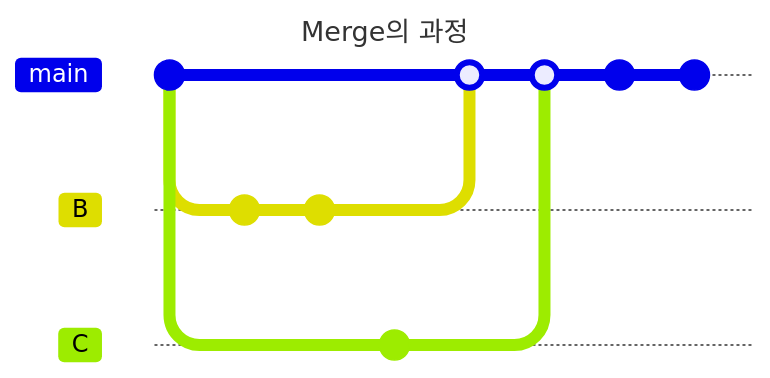
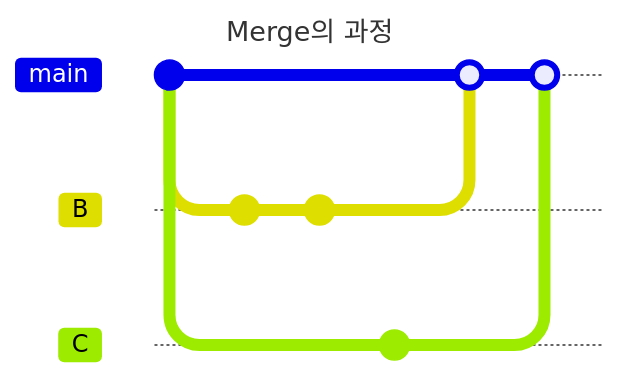
Before and after one commit to choiexe1/local: the diagram in Daily/2025-03-12.md, drawn with Mermaid. The commit also changed other lines of this file and 3 other files, not shown here. Commit ids are hidden.

````diff
--- a/Daily/2025-03-12.md
+++ b/Daily/2025-03-12.md
@@ -17,19 +17,17 @@
 ```mermaid
 ---
 title: Merge의 과정
 ---
 gitGraph
    commit
    branch B
    branch C
    checkout B
    commit
    commit
    checkout C
    commit
    checkout main
    merge B
    merge C
-   commit
-   commit
 ```
````
